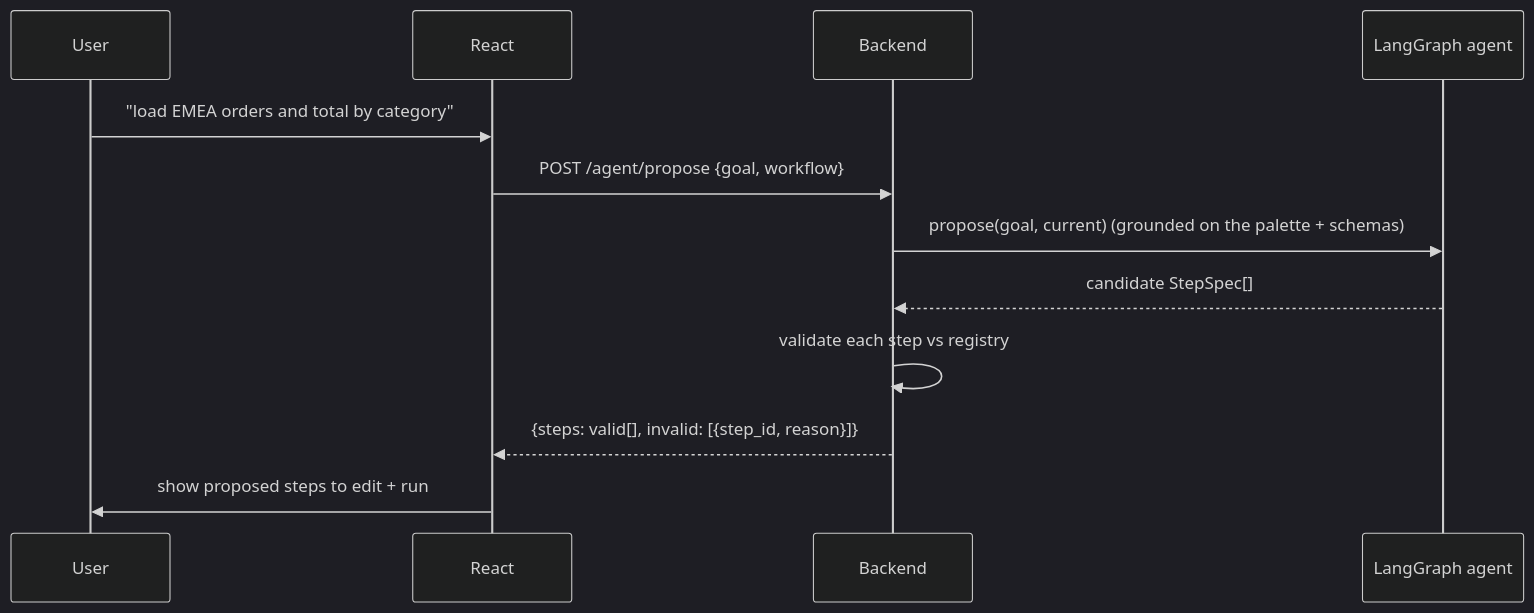
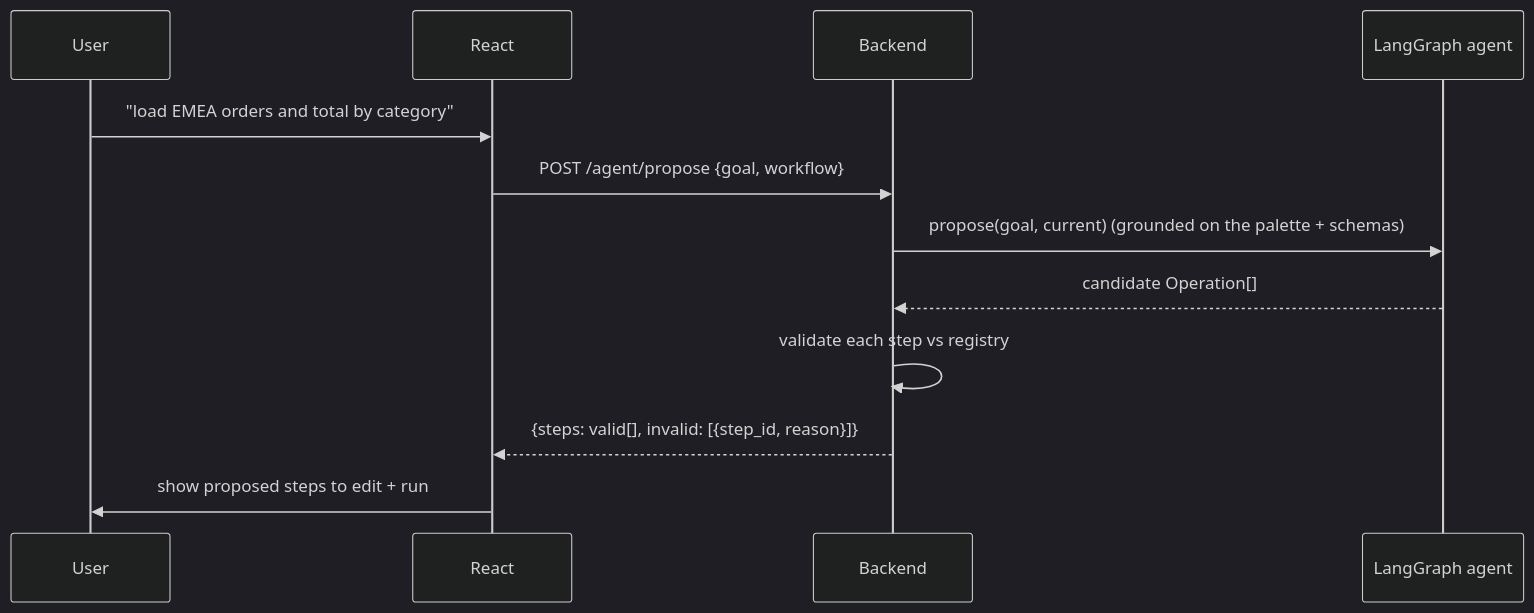
Before and after one commit to stusynakowski/simple-steps-core: the second of 2 diagrams in docs/simple-steps-integration.md, drawn with Mermaid (dark theme). The commit also changed other lines of this file and 47 other files, not shown here.

````diff
--- a/docs/simple-steps-integration.md
+++ b/docs/simple-steps-integration.md
@@ -182,14 +182,14 @@
 ```mermaid
 sequenceDiagram
     participant U as User
     participant FE as React
     participant BE as Backend
     participant AG as LangGraph agent
     U->>FE: "load EMEA orders and total by category"
     FE->>BE: POST /agent/propose {goal, workflow}
     BE->>AG: propose(goal, current)  (grounded on the palette + schemas)
-    AG-->>BE: candidate StepSpec[]
+    AG-->>BE: candidate Operation[]
     BE->>BE: validate each step vs registry
     BE-->>FE: {steps: valid[], invalid: [{step_id, reason}]}
     FE->>U: show proposed steps to edit + run
 ```
````
